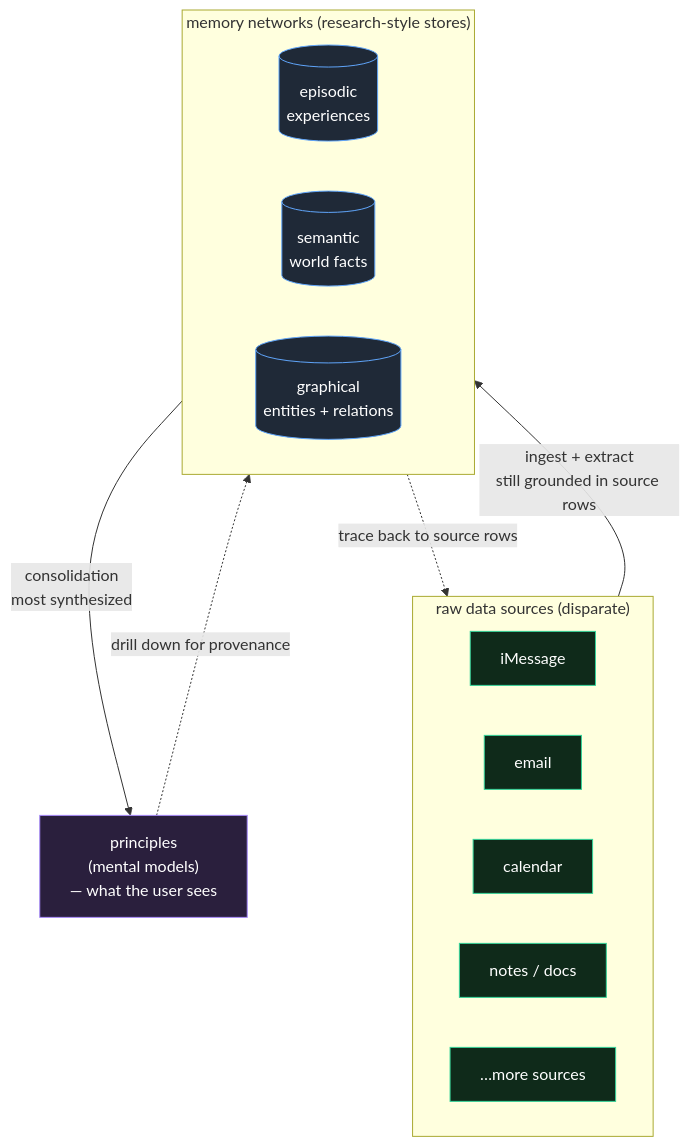
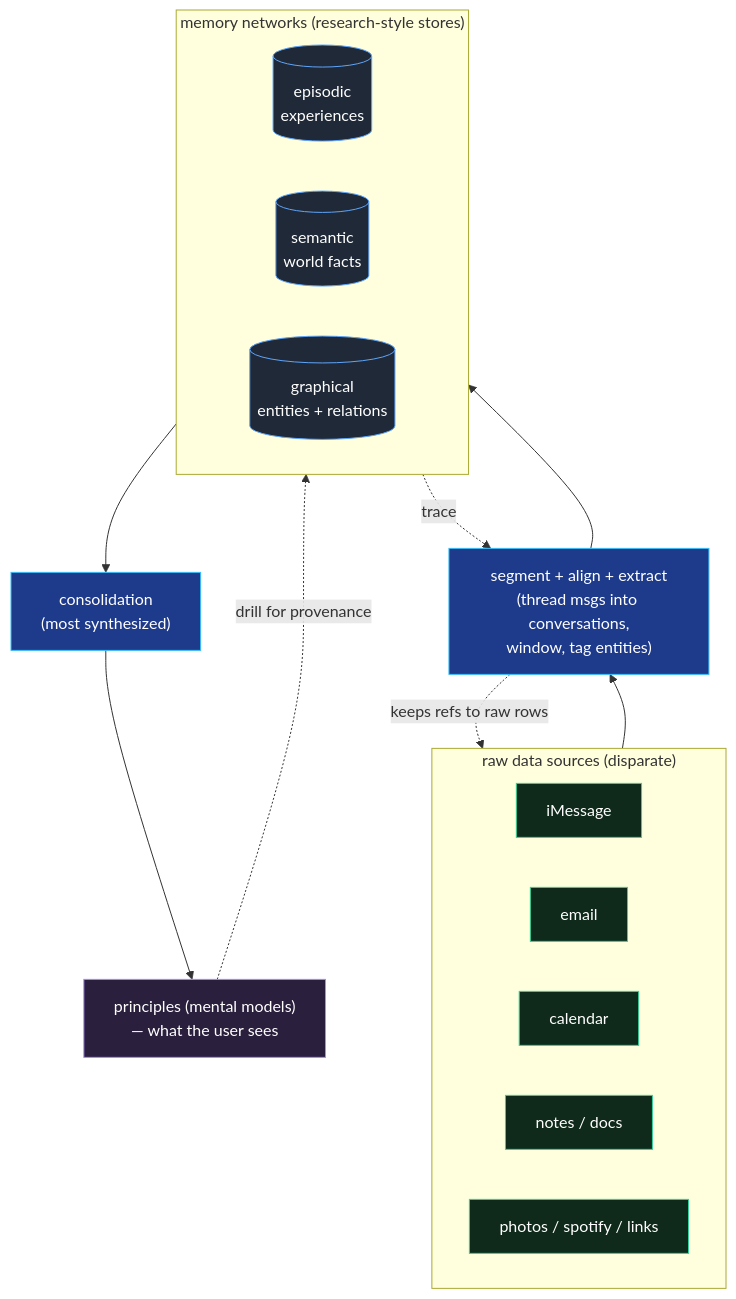
One commit to aaryan-rampal/scaling-octo-fortnight changed the second of 7 diagrams in design/TIME_CAPSULE_FLYWHEEL.md. Above: the diagram before and after it, drawn with Mermaid. The commit also changed other lines of this file, not shown here.

````diff
--- a/design/TIME_CAPSULE_FLYWHEEL.md
+++ b/design/TIME_CAPSULE_FLYWHEEL.md
@@ -70,32 +81,37 @@
 ```mermaid
-flowchart TD
+flowchart TB
     subgraph SRC["raw data sources (disparate)"]
         direction LR
         IM["iMessage"]
         MAIL["email"]
         CAL["calendar"]
         NOTES["notes / docs"]
-        MORE["…more sources"]
+        MEDIA["photos / spotify / links"]
     end
 
-    SRC -->|ingest + extract<br/>still grounded in source rows| MEM
+    SRC --> PREP["segment + align + extract<br/>(thread msgs into conversations,<br/>window, tag entities)"]
+    PREP --> MEM
 
     subgraph MEM["memory networks (research-style stores)"]
         direction LR
         EP[("episodic<br/>experiences")]
         SEM[("semantic<br/>world facts")]
         GRAPH[("graphical<br/>entities + relations")]
     end
 
-    MEM -->|consolidation<br/>most synthesized| PRIN["principles<br/>(mental models)<br/>— what the user sees"]
+    MEM --> CONS["consolidation<br/>(most synthesized)"]
+    CONS --> PRIN["principles (mental models)<br/>— what the user sees"]
 
-    PRIN -.->|drill down for provenance| MEM
-    MEM -.->|trace back to source rows| SRC
+    PRIN -. "drill for provenance" .-> MEM
+    MEM -. "trace" .-> PREP
+    PREP -. "keeps refs to raw rows" .-> SRC
 
     classDef src fill:#0f2a1a,stroke:#34d399,color:#fff;
     classDef mem fill:#1f2937,stroke:#60a5fa,color:#fff;
     classDef top fill:#2a1f3d,stroke:#a78bfa,color:#fff;
-    class IM,MAIL,CAL,NOTES,MORE src;
+    classDef box fill:#1e3a8a,stroke:#38bdf8,color:#fff;
+    class IM,MAIL,CAL,NOTES,MEDIA src;
     class EP,SEM,GRAPH mem;
     class PRIN top;
+    class PREP,CONS box;
 ```
````
